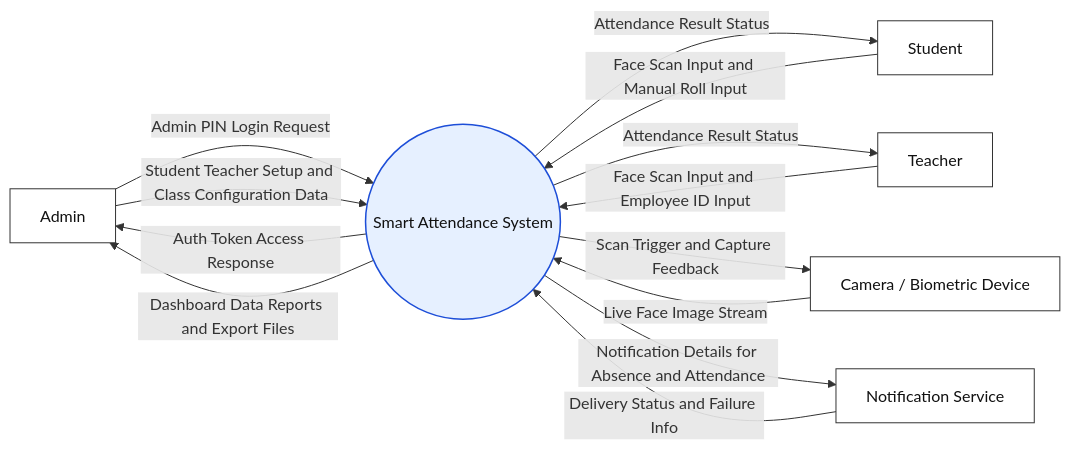
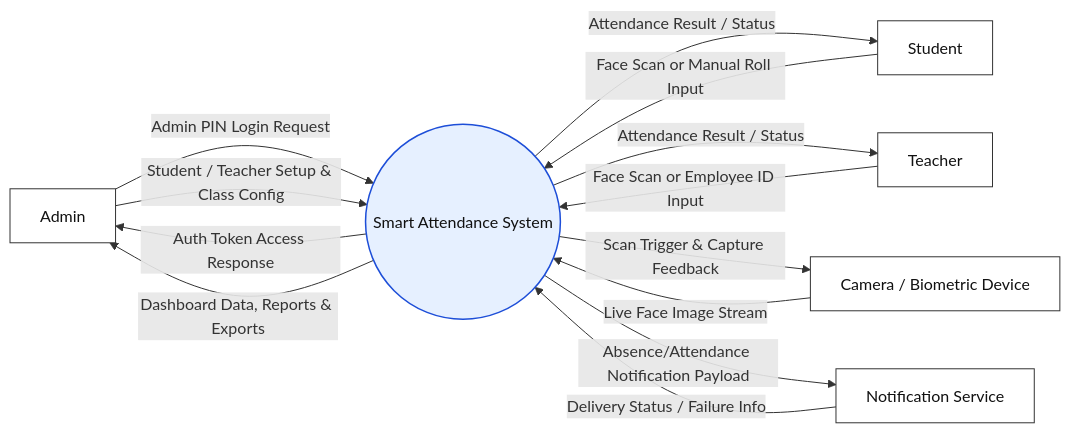
One commit to sujjalfr/Smart-Attendance-System changed the diagram in dfd0.mermaid. Above: the diagram before and after it, drawn with Mermaid. The commit also changed 8 other files, not shown here.

```diff
--- a/dfd0.mermaid
+++ b/dfd0.mermaid
@@ -1,34 +1,37 @@
+
 flowchart LR
 	%% Level-0 (Context) DFD - Smart Attendance System
+	%% Updated: 2026-04-10 — cleaned labels and consistency
 
 	Admin[Admin]
 	Student[Student]
 	Teacher[Teacher]
 	Camera[Camera / Biometric Device]
 	Notify[Notification Service]
 
 	SAS((Smart Attendance System))
 
+	%% Primary flows between external entities and the system
 	Admin -->|Admin PIN Login Request| SAS
 	SAS -->|Auth Token Access Response| Admin
 
-	Admin -->|Student Teacher Setup and Class Configuration Data| SAS
-	SAS -->|Dashboard Data Reports and Export Files| Admin
+	Admin -->|Student / Teacher Setup & Class Config| SAS
+	SAS -->|Dashboard Data, Reports & Exports| Admin
 
-	Student -->|Face Scan Input and Manual Roll Input| SAS
-	SAS -->|Attendance Result Status| Student
+	Student -->|Face Scan or Manual Roll Input| SAS
+	SAS -->|Attendance Result / Status| Student
 
-	Teacher -->|Face Scan Input and Employee ID Input| SAS
-	SAS -->|Attendance Result Status| Teacher
+	Teacher -->|Face Scan or Employee ID Input| SAS
+	SAS -->|Attendance Result / Status| Teacher
 
 	Camera -->|Live Face Image Stream| SAS
-	SAS -->|Scan Trigger and Capture Feedback| Camera
+	SAS -->|Scan Trigger & Capture Feedback| Camera
 
-	SAS -->|Notification Details for Absence and Attendance| Notify
-	Notify -->|Delivery Status and Failure Info| SAS
+	SAS -->|Absence/Attendance Notification Payload| Notify
+	Notify -->|Delivery Status / Failure Info| SAS
 
 	classDef external fill:#ffffff,stroke:#333,stroke-width:1px,color:#111;
 	classDef process fill:#e6f0ff,stroke:#1d4ed8,stroke-width:1.5px,color:#111;
 
 	class Admin,Student,Teacher,Camera,Notify external;
 	class SAS process;
```
